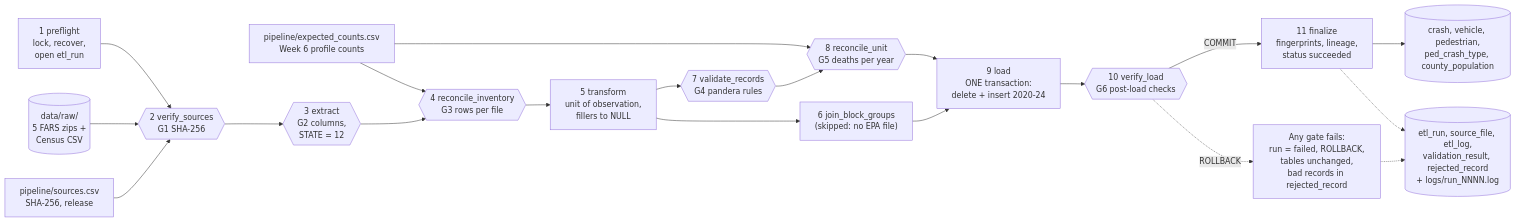
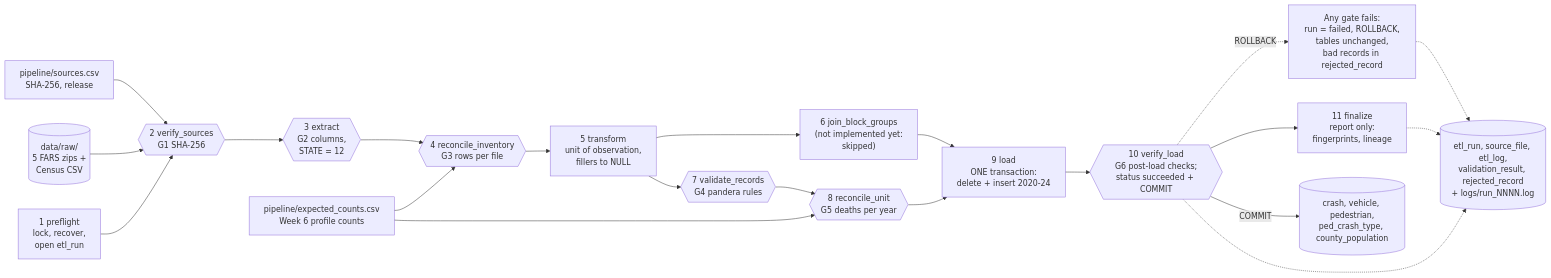
Before and after one commit to Sor1na/florida-pedestrian-patterns: the diagram in docs/pipeline.mmd, drawn with Mermaid. The commit also changed 5 other files, not shown here.

First line of the commit message:
Week 7: stage descriptions match the code; diagram shows status set at COMMIT; record server version

```diff
--- a/docs/pipeline.mmd
+++ b/docs/pipeline.mmd
@@ -1,36 +1,37 @@
 %% Week 7 pipeline: stages, dependencies, gates (hexagons), and where each run leaves evidence.
 %% The order is defined once, in STAGES in pipeline/etl.py (python pipeline/etl.py stages).
 flowchart LR
     RAW[("data/raw/<br/>5 FARS zips +<br/>Census CSV")]
     PIN["pipeline/sources.csv<br/>SHA-256, release"]
     EXP["pipeline/expected_counts.csv<br/>Week 6 profile counts"]
 
     S1["1 preflight<br/>lock, recover,<br/>open etl_run"]
     S2{{"2 verify_sources<br/>G1 SHA-256"}}
     S3{{"3 extract<br/>G2 columns,<br/>STATE = 12"}}
     S4{{"4 reconcile_inventory<br/>G3 rows per file"}}
     S5["5 transform<br/>unit of observation,<br/>fillers to NULL"]
-    S6["6 join_block_groups<br/>(skipped: no EPA file)"]
+    S6["6 join_block_groups<br/>(not implemented yet:<br/>skipped)"]
     S7{{"7 validate_records<br/>G4 pandera rules"}}
     S8{{"8 reconcile_unit<br/>G5 deaths per year"}}
     S9["9 load<br/>ONE transaction:<br/>delete + insert 2020-24"]
-    S10{{"10 verify_load<br/>G6 post-load checks"}}
-    S11["11 finalize<br/>fingerprints, lineage,<br/>status succeeded"]
+    S10{{"10 verify_load<br/>G6 post-load checks;<br/>status succeeded + COMMIT"}}
+    S11["11 finalize<br/>report only:<br/>fingerprints, lineage"]
 
     PIN --> S2
     RAW --> S2
     S1 --> S2 --> S3 --> S4 --> S5
     EXP --> S4
     S5 --> S6 --> S9
     S5 --> S7 --> S8 --> S9
     EXP --> S8
-    S9 --> S10 -- "COMMIT" --> S11
+    S9 --> S10 --> S11
 
     FAIL["Any gate fails:<br/>run = failed, ROLLBACK,<br/>tables unchanged,<br/>bad records in rejected_record"]
     S10 -. "ROLLBACK" .-> FAIL
 
     CORE[("crash, vehicle, pedestrian,<br/>ped_crash_type, county_population")]
     BOOK[("etl_run, source_file, etl_log,<br/>validation_result, rejected_record<br/>+ logs/run_NNNN.log")]
-    S11 --> CORE
+    S10 -- "COMMIT" --> CORE
     FAIL -.-> BOOK
     S11 -.-> BOOK
+    S10 -.-> BOOK
```
